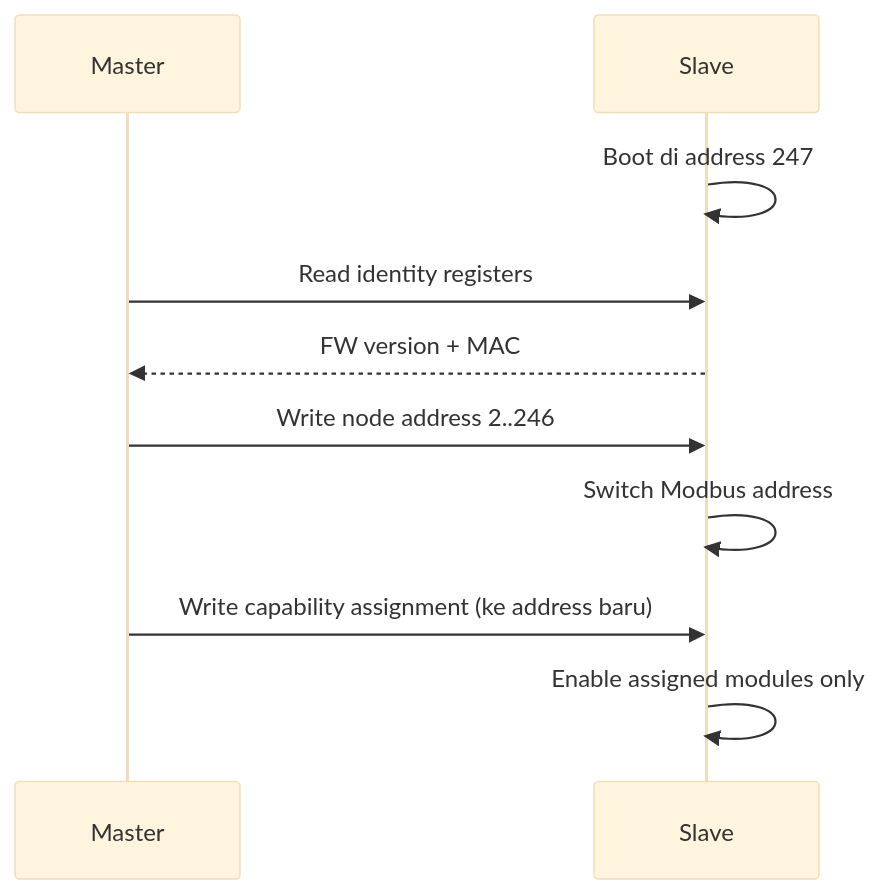
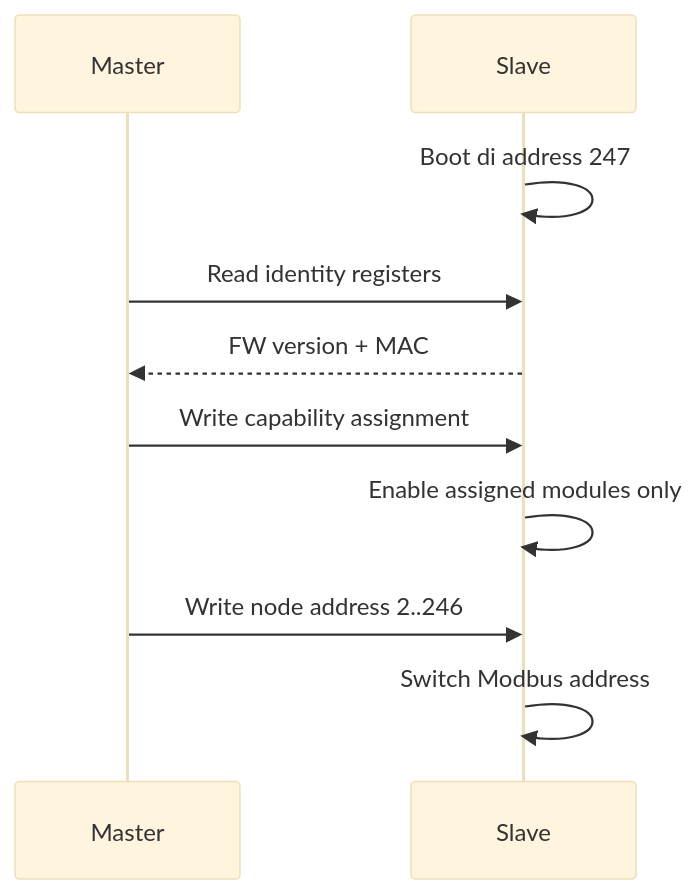
One commit to hazzma/hk-Slave-v1-smartbuilding changed the third of 6 diagrams in hk-Slave-v1-smartbuilding-main/README.md. Above: the diagram before and after it, drawn with Mermaid (base theme). The commit also changed 1 other file, not shown here.

Commit message:
docs: revert pairing flow sequence back to original order

````diff
--- a/hk-Slave-v1-smartbuilding-main/README.md
+++ b/hk-Slave-v1-smartbuilding-main/README.md
@@ -133,13 +133,13 @@
 ```mermaid
 sequenceDiagram
     participant M as Master
     participant S as Slave
 
     S->>S: Boot di address 247
     M->>S: Read identity registers
     S-->>M: FW version + MAC
+    M->>S: Write capability assignment
+    S->>S: Enable assigned modules only
     M->>S: Write node address 2..246
     S->>S: Switch Modbus address
-    M->>S: Write capability assignment (ke address baru)
-    S->>S: Enable assigned modules only
 ```
````
